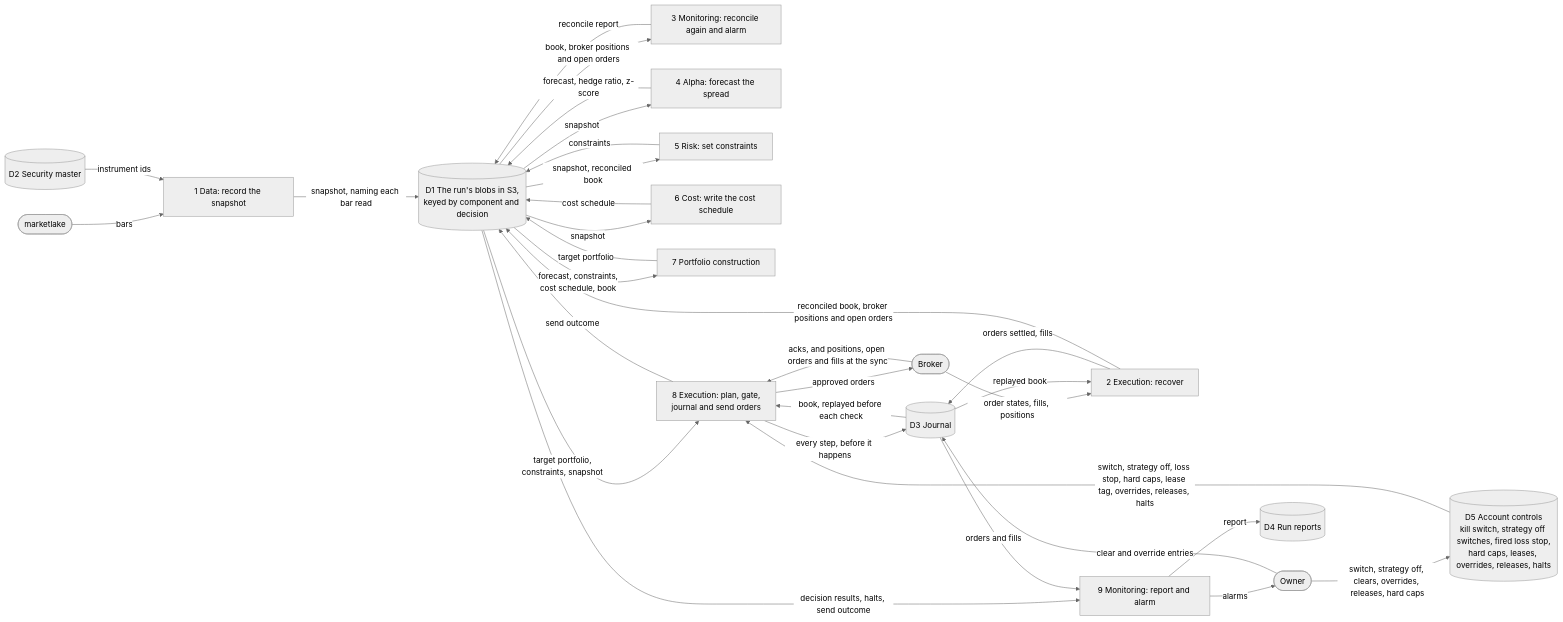
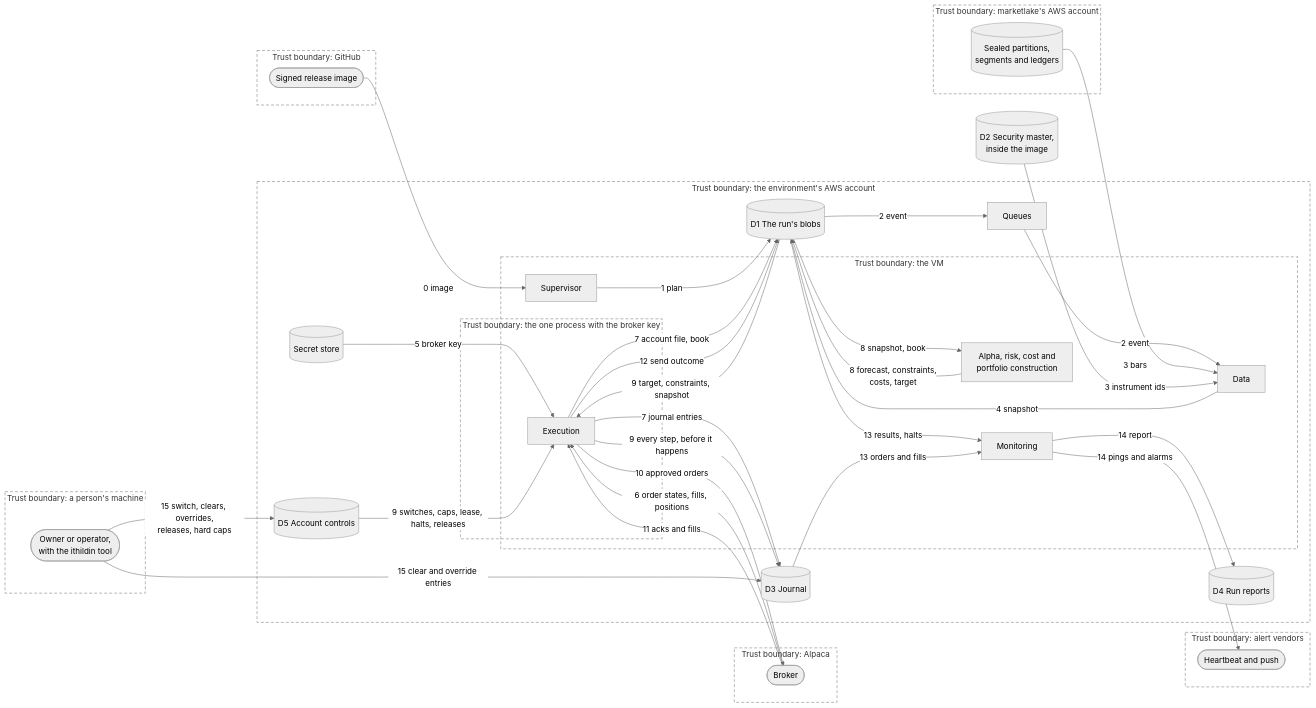
One commit to l3a0/ithildin-runtime changed diagram 12 of 25 in docs/architecture.md. Above: the diagram before and after it, drawn with Mermaid (neutral theme). The commit also changed other lines of this file, not shown here.

Commit message:
docs: redraw the data flow diagram for threat modeling
It now shows the components, the order of their calls and each crossing
of a trust boundary, with a table of what protects each one.

````diff
--- a/docs/architecture.md
+++ b/docs/architecture.md
@@ -664,53 +663,65 @@
 ```mermaid
 flowchart LR
-    vendor(["marketlake"])
-    brokerx(["Broker"])
-    ownerx(["Owner"])
+    subgraph tb_person["Trust boundary: a person's machine"]
+        person(["Owner or operator,<br/>with the ithildin tool"])
+    end
+    subgraph tb_github["Trust boundary: GitHub"]
+        registry(["Signed release image"])
+    end
+    subgraph tb_marketlake["Trust boundary: marketlake's AWS account"]
+        lake[("Sealed partitions,<br/>segments and ledgers")]
+    end
+    subgraph tb_broker["Trust boundary: Alpaca"]
+        brokerx(["Broker"])
+    end
+    subgraph tb_alert["Trust boundary: alert vendors"]
+        alert(["Heartbeat and push"])
+    end
+    subgraph tb_account["Trust boundary: the environment's AWS account"]
+        subgraph tb_vm["Trust boundary: the VM"]
+            sup["Supervisor"]
+            data["Data"]
+            models["Alpha, risk, cost and<br/>portfolio construction"]
+            mon["Monitoring"]
+            subgraph tb_exec["Trust boundary: the one process with the broker key"]
+                exec["Execution"]
+            end
+        end
+        queue["Queues"]
+        secret[("Secret store")]
+        d1[("D1 The run's blobs")]
+        d3[("D3 Journal")]
+        d4[("D4 Run reports")]
+        d5[("D5 Account controls")]
+    end
+    d2[("D2 Security master,<br/>inside the image")]
 
-    p1["1 Data: record the snapshot"]
-    p2["2 Execution: recover"]
-    p3["3 Monitoring: reconcile again and alarm"]
-    p4["4 Alpha: forecast the spread"]
-    p5["5 Risk: set constraints"]
-    p6["6 Cost: write the cost schedule"]
-    p7["7 Portfolio construction"]
-    p8["8 Execution: plan, gate,<br/>journal and send orders"]
-    p9["9 Monitoring: report and alarm"]
+    registry -->|"0 image"| sup
+    sup -->|"1 plan"| d1
+    d1 -->|"2 event"| queue
+    queue -->|"2 event"| data
+    lake -->|"3 bars"| data
+    d2 -->|"3 instrument ids"| data
+    data -->|"4 snapshot"| d1
+    secret -->|"5 broker key"| exec
+    brokerx -->|"6 order states, fills, positions"| exec
+    exec -->|"7 journal entries"| d3
+    exec -->|"7 account file, book"| d1
+    d1 -->|"8 snapshot, book"| models
+    models -->|"8 forecast, constraints,<br/>costs, target"| d1
+    d1 -->|"9 target, constraints, snapshot"| exec
+    d5 -->|"9 switches, caps, lease, halts, releases"| exec
+    exec -->|"9 every step, before it happens"| d3
+    exec -->|"10 approved orders"| brokerx
+    brokerx -->|"11 acks and fills"| exec
+    exec -->|"12 send outcome"| d1
+    d1 -->|"13 results, halts"| mon
+    d3 -->|"13 orders and fills"| mon
+    mon -->|"14 report"| d4
+    mon -->|"14 pings and alarms"| alert
+    person -->|"15 switch, clears, overrides,<br/>releases, hard caps"| d5
+    person -->|"15 clear and override entries"| d3
 
-    d1[("D1 The run's blobs in S3,<br/>keyed by component and decision")]
-    d2[("D2 Security master")]
-    d3[("D3 Journal")]
-    d4[("D4 Run reports")]
-    d5[("D5 Account controls<br/>kill switch, strategy off switches, fired loss stop,<br/>hard caps, leases, overrides, releases, halts")]
-
-    vendor -->|"bars"| p1
-    d2 -->|"instrument ids"| p1
-    p1 -->|"snapshot, naming each bar read"| d1
-    brokerx -->|"order states, fills, positions"| p2
-    p2 -->|"orders settled, fills"| d3
-    d3 -->|"replayed book"| p2
-    p2 -->|"reconciled book, broker positions and open orders"| d1
-    d1 -->|"book, broker positions and open orders"| p3
-    p3 -->|"reconcile report"| d1
-    d1 -->|"snapshot"| p4
-    p4 -->|"forecast, hedge ratio, z-score"| d1
-    d1 -->|"snapshot, reconciled book"| p5
-    p5 -->|"constraints"| d1
-    d1 -->|"snapshot"| p6
-    p6 -->|"cost schedule"| d1
-    d1 -->|"forecast, constraints,<br/>cost schedule, book"| p7
-    p7 -->|"target portfolio"| d1
-    d1 -->|"target portfolio,<br/>constraints, snapshot"| p8
-    d3 -->|"book, replayed before each check"| p8
-    p8 -->|"every step, before it happens"| d3
-    p8 -->|"approved orders"| brokerx
-    brokerx -->|"acks, and positions, open orders and fills at the sync"| p8
-    p8 -->|"send outcome"| d1
-    d1 -->|"decision results, halts, send outcome"| p9
-    d3 -->|"orders and fills"| p9
-    p9 -->|"report"| d4
-    p9 -->|"alarms"| ownerx
-    ownerx -->|"switch, strategy off, clears, overrides, releases, hard caps"| d5
-    ownerx -->|"clear and override entries"| d3
-    d5 -->|"switch, strategy off, loss stop, hard caps, lease tag, overrides, releases, halts"| p8
+    classDef boundary fill:none,stroke-dasharray:6 4
+    class tb_person,tb_github,tb_marketlake,tb_broker,tb_alert,tb_account,tb_vm,tb_exec boundary
 ```
````
